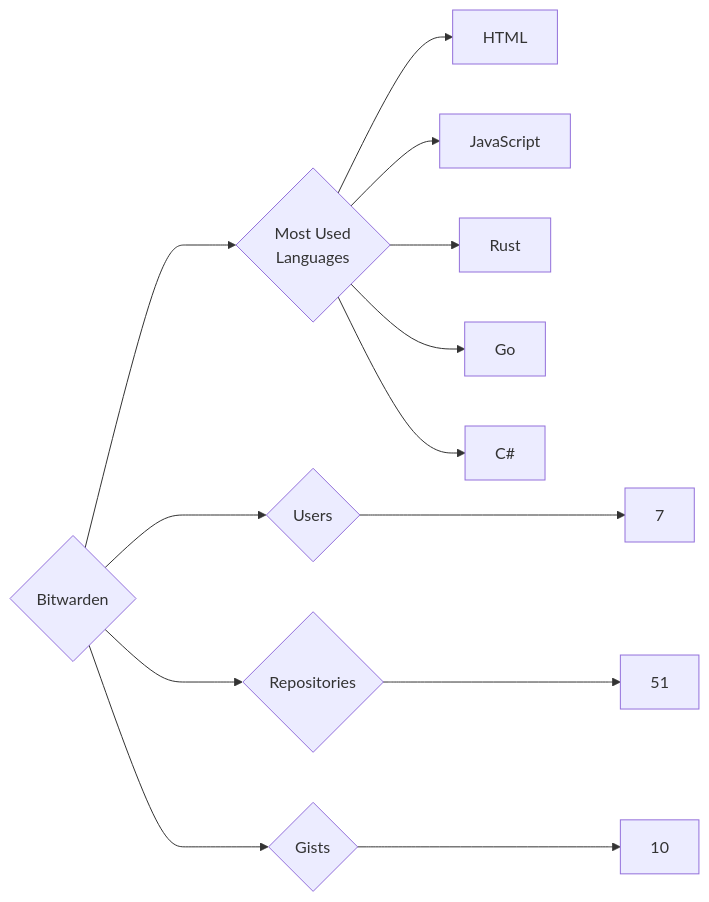
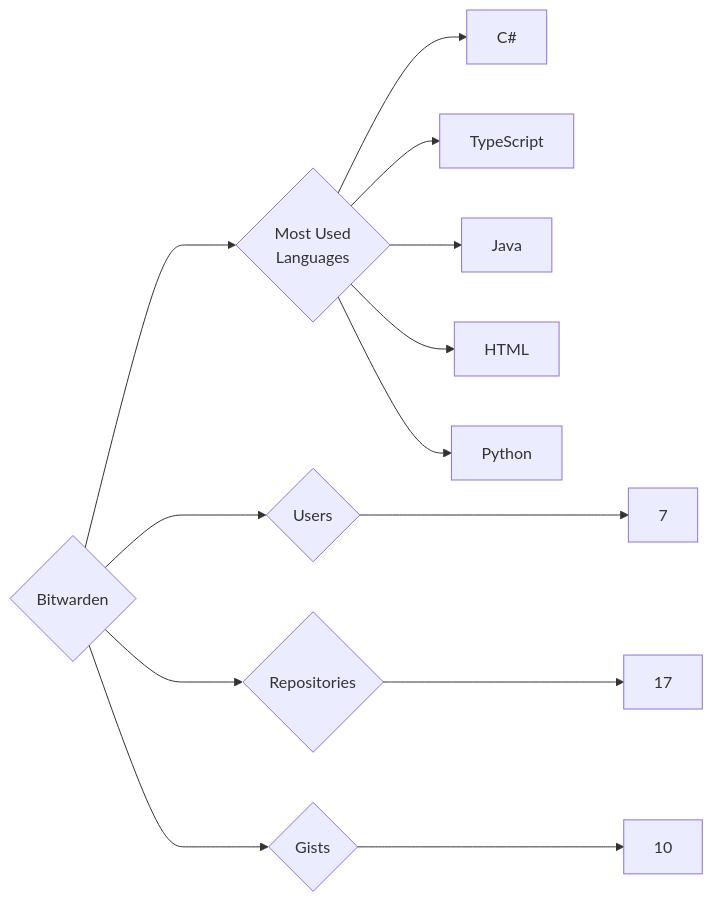
The diagram in targets/Bitwarden/README.md (trickest/insiders), drawn with Mermaid before and after one commit. The commit also changed 859 other files, not shown here.

````diff
--- a/targets/Bitwarden/README.md
+++ b/targets/Bitwarden/README.md
@@ -3,13 +3,13 @@
 ```mermaid
 graph LR
 COMPANY_NAME{Bitwarden}
 COMPANY_NAME ---> U{Users} ---> UN[7]
-COMPANY_NAME ---> R{Repositories} ---> RN[51]
+COMPANY_NAME ---> R{Repositories} ---> RN[17]
 COMPANY_NAME ---> G{Gists} ---> GN[10]
 COMPANY_NAME ---> ML{Most Used<br>Languages}
+ML --> C#[C#]
+ML --> TypeScript[TypeScript]
+ML --> Java[Java]
 ML --> HTML[HTML]
-ML --> JavaScript[JavaScript]
-ML --> Rust[Rust]
-ML --> Go[Go]
-ML --> C#[C#]
+ML --> Python[Python]
 ```
````
